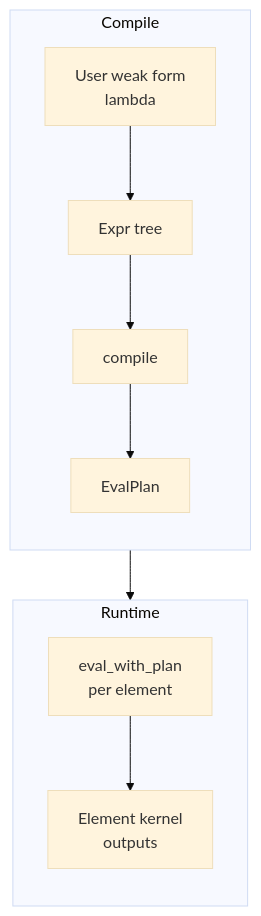
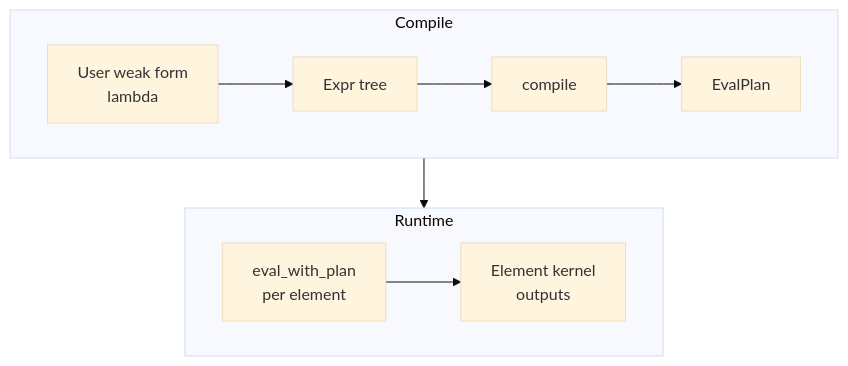
Before and after one commit to kevin-tofu/fluxfem: the diagram in README.md, drawn with Mermaid (base theme).

Commit message:
test layout

````diff
--- a/README.md
+++ b/README.md
@@ -48,21 +48,21 @@
 ```mermaid
 flowchart TB
 
   subgraph Compile
-    direction TB
+    direction LR
     A["User weak form<br/>lambda"]
     B["Expr tree"]
     C["compile"]
     D["EvalPlan"]
     A --> B --> C --> D
   end
 
   subgraph Runtime
-    direction TB
+    direction LR
     E["eval_with_plan<br/>per element"]
     F["Element kernel<br/>outputs"]
     E --> F
   end
 
   D --> E
 ```
````
